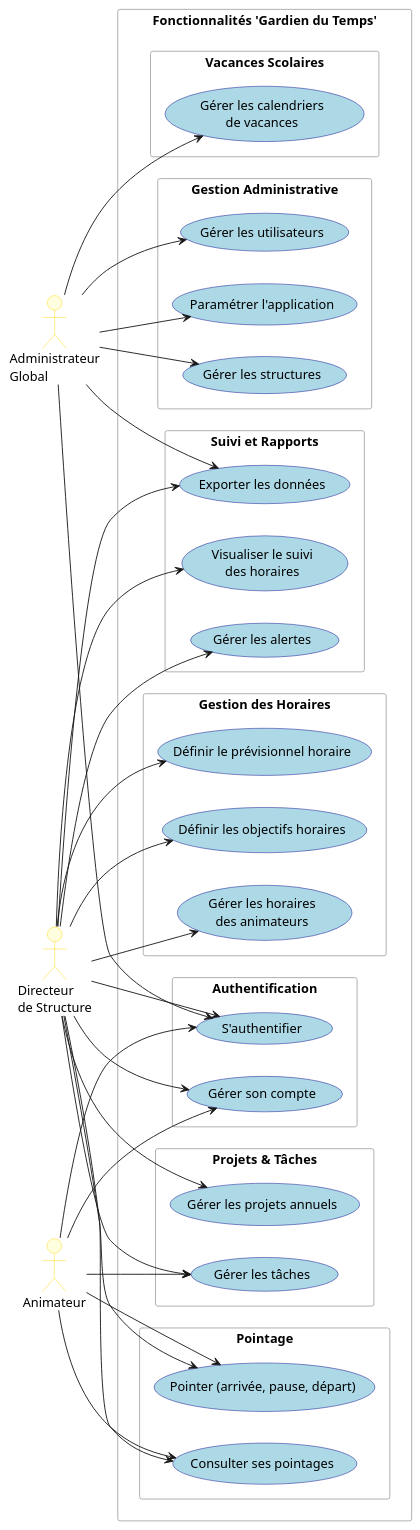
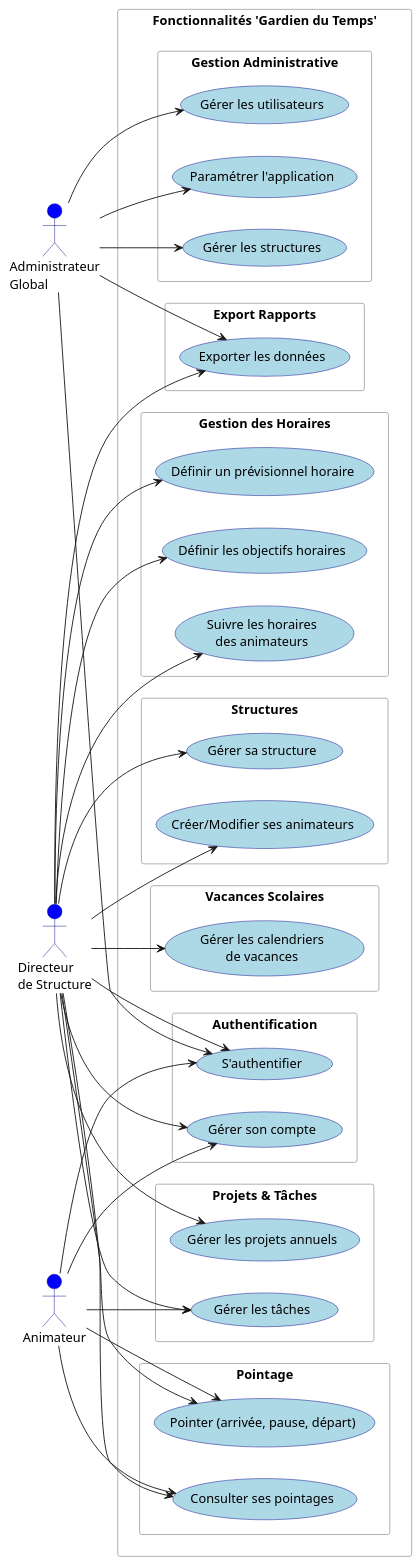
One commit to SonnyBimont/Gardien_du_Temps changed the diagram in Docs/Use_cases.md. Above: the diagram before and after it, drawn with PlantUML. The commit also changed 7 other files, not shown here.

```diff
--- a/Docs/Use_cases.md
+++ b/Docs/Use_cases.md
@@ -6,8 +6,8 @@
   BorderColor DarkBlue
 }
 skinparam actor {
-  BackgroundColor LightYellow
-  BorderColor Gold
+  BackgroundColor blue
+  BorderColor DarkBlue
 }
 skinparam rectangle {
   BackgroundColor White
@@ -36,15 +36,13 @@
   }
   
   rectangle "Gestion des Horaires" {
-    usecase "Gérer les horaires\ndes animateurs" as GererHorairesAnimateurs
-    usecase "Définir le prévisionnel horaire" as Previsionnel
+    usecase "Suivre les horaires\ndes animateurs" as GererHorairesAnimateurs
+    usecase "Définir un prévisionnel horaire" as Previsionnel
     usecase "Définir les objectifs horaires" as Objectifs
   }
   
-  rectangle "Suivi et Rapports" {
-    usecase "Visualiser le suivi\ndes horaires" as Suivi
+  rectangle "Export Rapports" {
     usecase "Exporter les données" as Export
-    usecase "Gérer les alertes" as Alertes
   }
   
   rectangle "Projets & Tâches" {
@@ -55,6 +53,10 @@
   rectangle "Vacances Scolaires" {
     usecase "Gérer les calendriers\nde vacances" as Vacances
   }
+    rectangle "Structures" {
+    usecase "Gérer sa structure" as Structure
+    usecase "Créer/Modifier ses animateurs" as Animateurs
+  }
 }
 
 ' Relations Administrateur
@@ -63,7 +65,6 @@
 Admin --> GererUtilisateurs
 Admin --> Parametrage
 Admin --> Export
-Admin --> Vacances
 
 ' Relations Directeur
 Directeur --> Auth
@@ -73,11 +74,12 @@
 Directeur --> GererHorairesAnimateurs
 Directeur --> Previsionnel
 Directeur --> Objectifs
-Directeur --> Suivi
 Directeur --> Export
-Directeur --> Alertes
 Directeur --> Projets
 Directeur --> Taches
+Directeur --> Vacances
+Directeur --> Structure
+Directeur --> Animateurs
 
 ' Relations Animateur
 Animateur --> Auth
```
